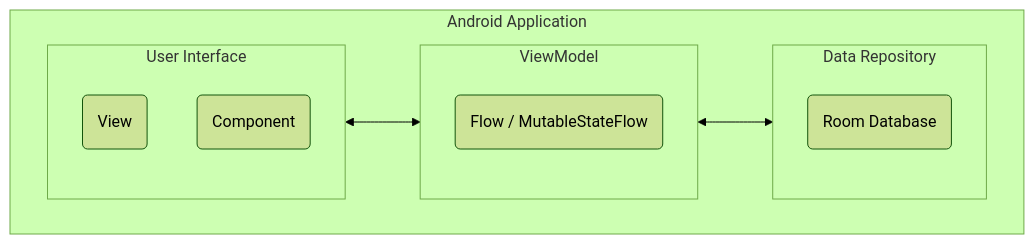
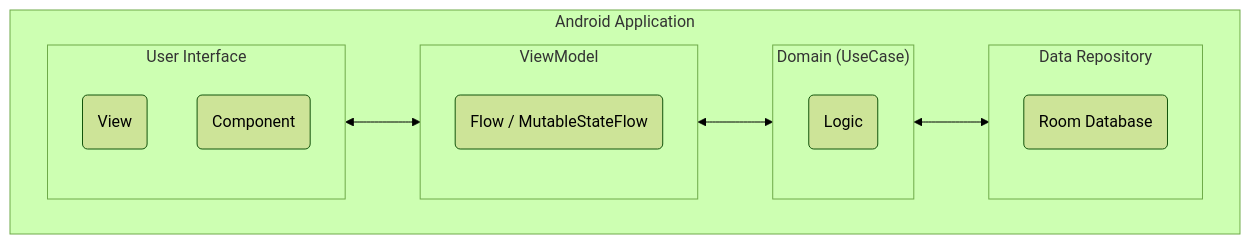
Before and after one commit to Katz-Team/CalRent: the fourth of 7 diagrams in calculateRent/Docs/software_modeling.md, drawn with Mermaid (forest theme). The commit also changed other lines of this file and 1 other file, not shown here.

````diff
--- a/calculateRent/Docs/software_modeling.md
+++ b/calculateRent/Docs/software_modeling.md
@@ -106,21 +178,26 @@
 ```mermaid
 graph TD
   subgraph Android_Application[Android Application]
     subgraph User_Interface[User Interface]
       View(View)
       Component(Component)
     end
 
     subgraph ViewModel[ViewModel]
       flow(Flow / MutableStateFlow)
     end
 
+    subgraph UseCase["Domain (UseCase)"]
+      Logic(Logic)    
+    end
+
     subgraph Data_Repository[Data Repository]
       RoomData(Room Database)
     end
   end
 
   User_Interface <--> ViewModel
-  ViewModel <--> Data_Repository
+  ViewModel <--> UseCase
+  UseCase <--> Data_Repository
 
 ```
````
